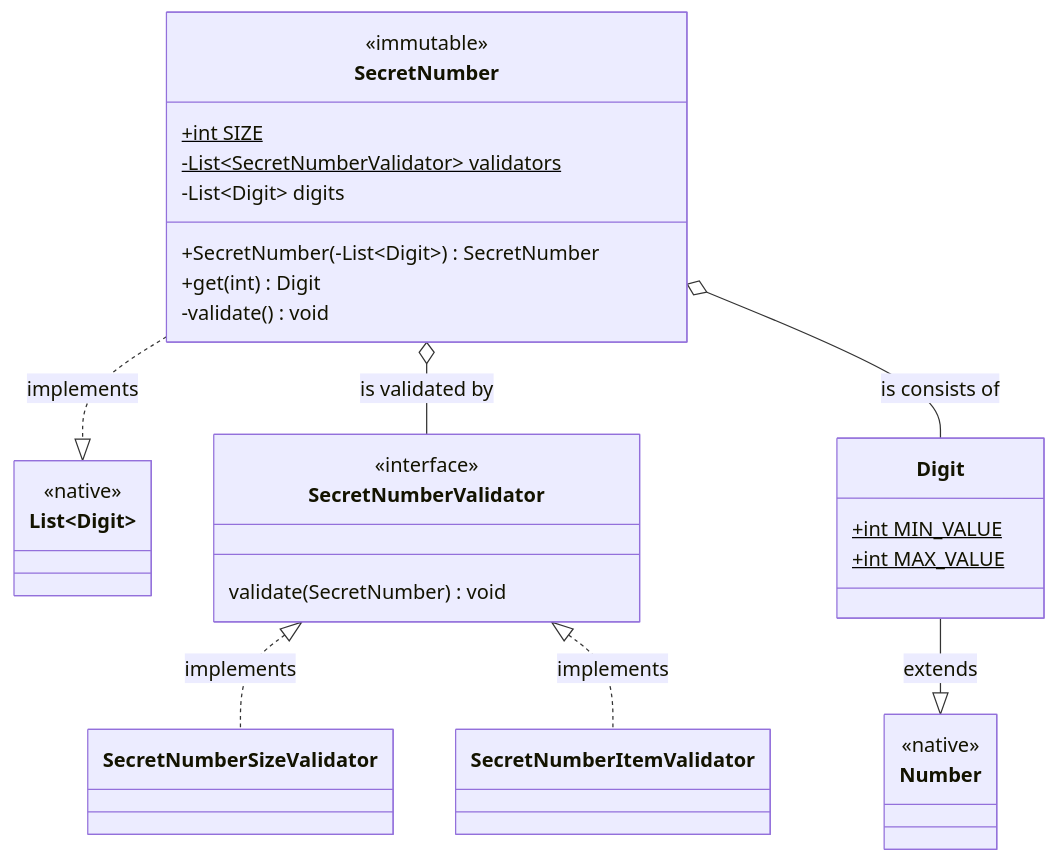
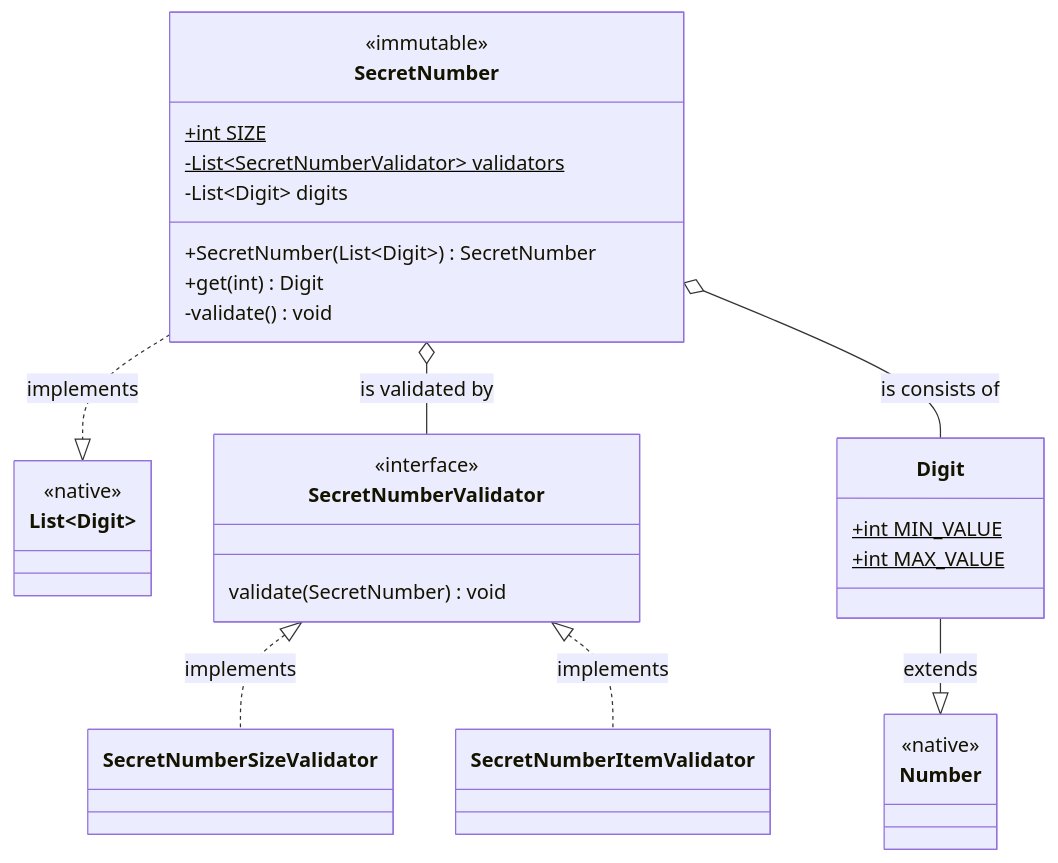
The third of 3 diagrams in docs/README.md (woowacourse-precourse/java-baseball-6), drawn with Mermaid before and after one commit. The commit also changed other lines of this file, not shown here.

Commit message:
docs(docs/README.md): mermaid.js 클래스 다이어그램 잘못된 토큰들 고침

````diff
--- a/docs/README.md
+++ b/docs/README.md
@@ -137,32 +137,32 @@
 ```mermaid
 classDiagram
 
 class SecretNumber
 <<immutable>> SecretNumber
 SecretNumber ..|> List~Digit~ : implements
 SecretNumber o-- SecretNumberValidator : is validated by
 SecretNumber o-- Digit : is consists of
-SecretNumber: +int SIZE $
-SecretNumber: -List~SecretNumberValidator~ validators $
+SecretNumber: +int SIZE$
+SecretNumber: -List~SecretNumberValidator~ validators$
 SecretNumber: -List~Digit~ digits
-SecretNumber: +SecretNumber(-List~Digit~) SecretNumber
+SecretNumber: +SecretNumber(List~Digit~) SecretNumber
 SecretNumber: +get(int) Digit
 SecretNumber: -validate() void
 
 class List~Digit~
 <<native>> List~Digit~
 
 class SecretNumberValidator
 <<interface>> SecretNumberValidator
 SecretNumberValidator <|.. SecretNumberSizeValidator : implements
 SecretNumberValidator <|.. SecretNumberItemValidator : implements
 SecretNumberValidator: validate(SecretNumber) void
 
 class Digit
 Digit --|> Number : extends
-Digit: +int MIN_VALUE $
-Digit: +int MAX_VALUE $
+Digit: +int MIN_VALUE$
+Digit: +int MAX_VALUE$
 
 class Number
 <<native>> Number
 ```
````
